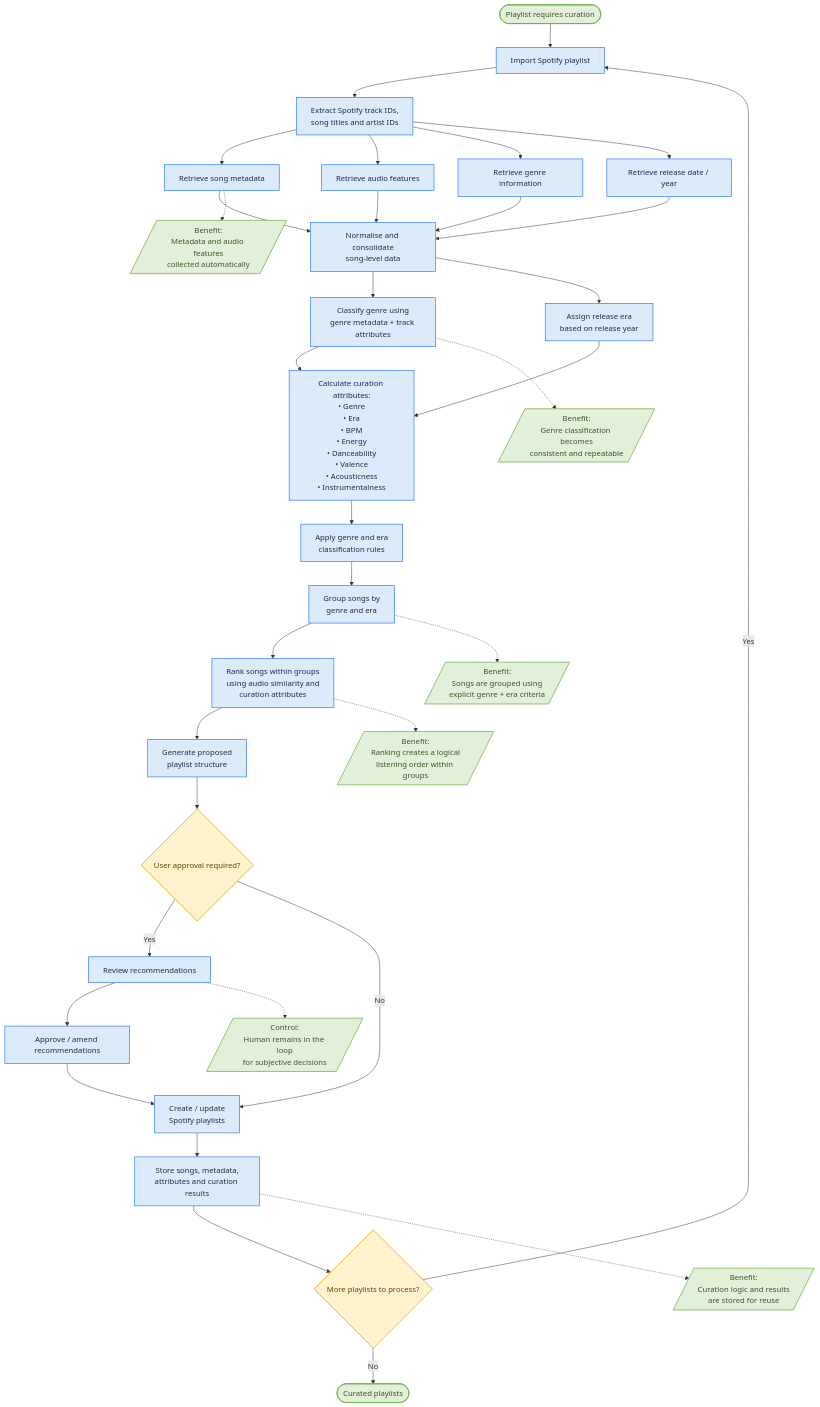
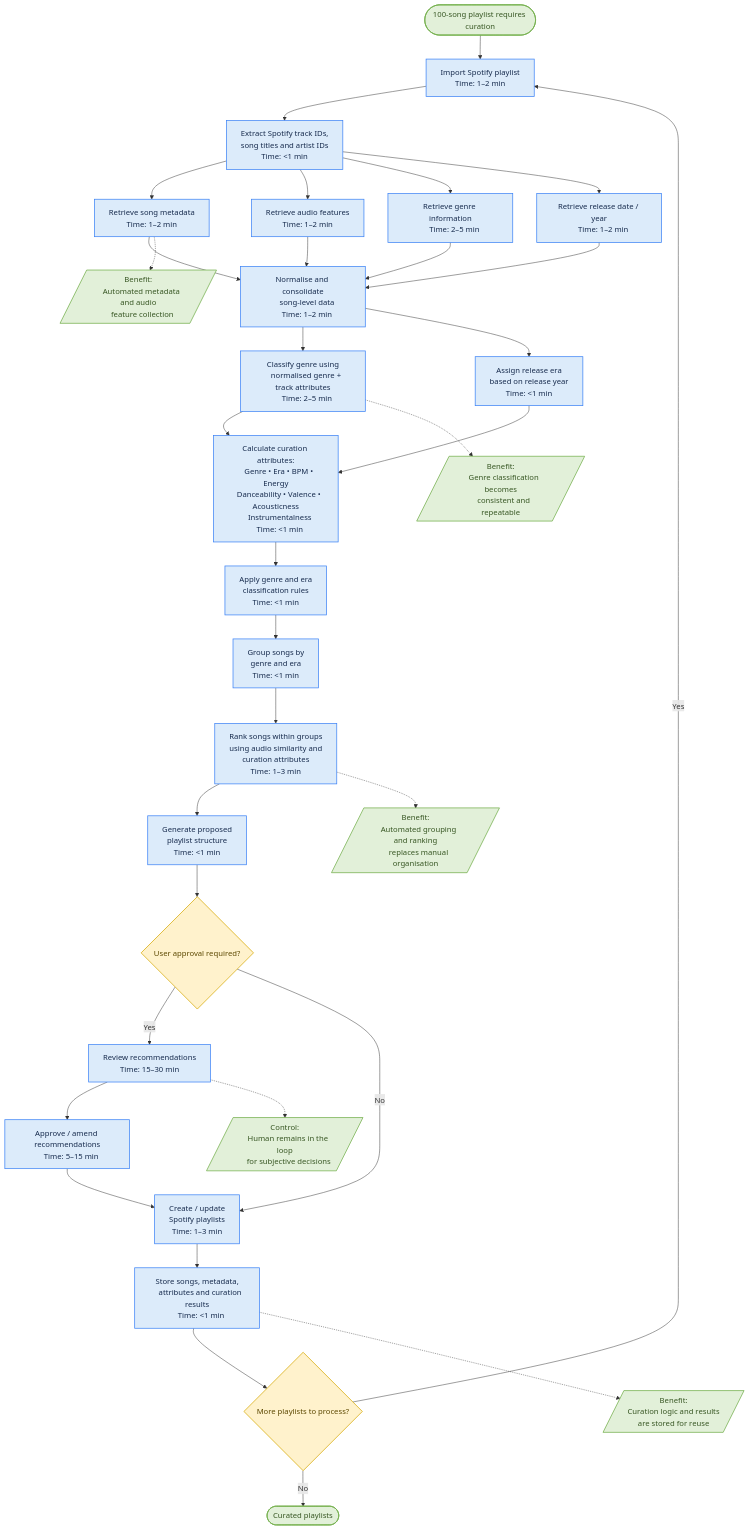
The diagram in briefing/process_maps/To_Be_Process_Map.md (matisgod/spotify-sorter), drawn with Mermaid before and after one commit. The commit also changed 1 other file, not shown here.

Commit message:
Added timestamps to the process maps

````diff
--- a/briefing/process_maps/To_Be_Process_Map.md
+++ b/briefing/process_maps/To_Be_Process_Map.md
@@ -1,49 +1,100 @@
 ```mermaid
 flowchart TD
-    A([Playlist requires curation])
+    A([100-song playlist requires curation])
 
-    B[Import Spotify playlist]
-    C[Extract Spotify track IDs,<br/>song titles and artist IDs]
+    B[Import Spotify playlist
+    Time: 1–2 min]
 
-    D[Retrieve song metadata]
-    E[Retrieve audio features]
-    F[Retrieve genre information]
-    G[Retrieve release date / year]
+    C[Extract Spotify track IDs,
+    song titles and artist IDs
+    Time: <1 min]
 
-    H[Normalise and consolidate<br/>song-level data]
+    D[Retrieve song metadata
+    Time: 1–2 min]
 
-    I[Classify genre using<br/>genre metadata + track attributes]
-    
-    J[Assign release era<br/>based on release year]
+    E[Retrieve audio features
+    Time: 1–2 min]
 
-    K[Calculate curation attributes:<br/>• Genre<br/>• Era<br/>• BPM<br/>• Energy<br/>• Danceability<br/>• Valence<br/>• Acousticness<br/>• Instrumentalness]
+    F[Retrieve genre information
+    Time: 2–5 min]
 
-    L[Apply genre and era<br/>classification rules]
+    G[Retrieve release date / year
+    Time: 1–2 min]
 
-    M[Group songs by<br/>genre and era]
+    H[Normalise and consolidate
+    song-level data
+    Time: 1–2 min]
 
-    N[Rank songs within groups<br/>using audio similarity and<br/>curation attributes]
+    I[Classify genre using
+    normalised genre + track attributes
+    Time: 2–5 min]
 
-    O[Generate proposed<br/>playlist structure]
+    J[Assign release era
+    based on release year
+    Time: <1 min]
+
+    K[Calculate curation attributes:
+    Genre • Era • BPM • Energy
+    Danceability • Valence • Acousticness
+    Instrumentalness
+    Time: <1 min]
+
+    L[Apply genre and era
+    classification rules
+    Time: <1 min]
+
+    M[Group songs by
+    genre and era
+    Time: <1 min]
+
+    N[Rank songs within groups
+    using audio similarity and
+    curation attributes
+    Time: 1–3 min]
+
+    O[Generate proposed
+    playlist structure
+    Time: <1 min]
 
     P{User approval required?}
 
-    Q[Review recommendations]
-    R[Approve / amend recommendations]
+    Q[Review recommendations
+    Time: 15–30 min]
 
-    S[Create / update<br/>Spotify playlists]
-    T[Store songs, metadata,<br/>attributes and curation results]
+    R[Approve / amend recommendations
+    Time: 5–15 min]
+
+    S[Create / update
+    Spotify playlists
+    Time: 1–3 min]
+
+    T[Store songs, metadata,
+    attributes and curation results
+    Time: <1 min]
 
     U{More playlists to process?}
 
     V([Curated playlists])
 
-    P1[/Benefit:<br/>Metadata and audio features<br/>collected automatically/]
-    P2[/Benefit:<br/>Genre classification becomes<br/>consistent and repeatable/]
-    P3[/Benefit:<br/>Songs are grouped using<br/>explicit genre + era criteria/]
-    P4[/Benefit:<br/>Ranking creates a logical<br/>listening order within groups/]
-    P5[/Control:<br/>Human remains in the loop<br/>for subjective decisions/]
-    P6[/Benefit:<br/>Curation logic and results<br/>are stored for reuse/]
+    P1[/Benefit:
+    Automated metadata and audio
+    feature collection/]
+
+    P2[/Benefit:
+    Genre classification becomes
+    consistent and repeatable/]
+
+    P3[/Benefit:
+    Automated grouping and ranking
+    replaces manual organisation/]
+
+    P4[/Control:
+    Human remains in the loop
+    for subjective decisions/]
+
+    P5[/Benefit:
+    Curation logic and results
+    are stored for reuse/]
 
     A --> B
     B --> C
@@ -85,10 +136,9 @@
 
     D -.-> P1
     I -.-> P2
-    M -.-> P3
-    N -.-> P4
-    Q -.-> P5
-    T -.-> P6
+    N -.-> P3
+    Q -.-> P4
+    T -.-> P5
 
     classDef process fill:#DCEBFA,stroke:#3B82F6,stroke-width:1.5px,color:#172B4D
     classDef decision fill:#FFF2CC,stroke:#D6A700,stroke-width:1.5px,color:#5C4800
@@ -97,6 +147,6 @@
 
     class B,C,D,E,F,G,H,I,J,K,L,M,N,O,Q,R,S,T process
     class P,U decision
-    class P1,P2,P3,P4,P5,P6 benefit
+    class P1,P2,P3,P4,P5 benefit
     class A,V startend
 ```
````
